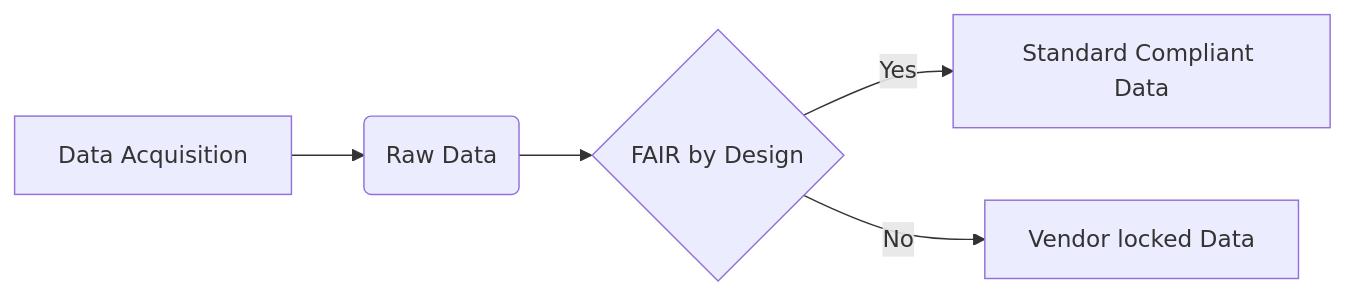
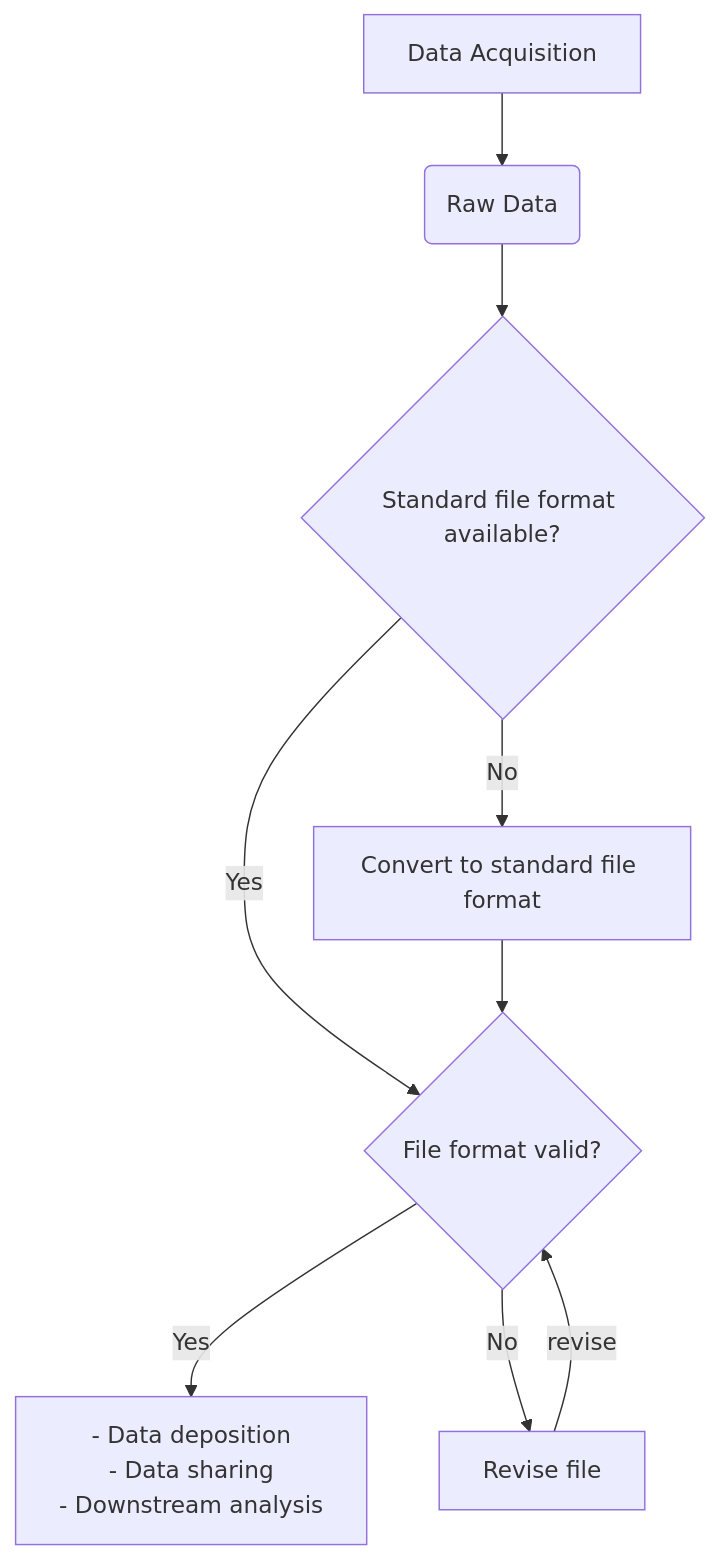
The diagram in docs/content/recipes/interoperability/fastq-file-format-validators.md (FAIRplus/the-fair-cookbook), drawn with Mermaid before and after one commit. The commit also changed other lines of this file, not shown here.

Commit message:
add mermaid diagram

````diff
--- a/docs/content/recipes/interoperability/fastq-file-format-validators.md
+++ b/docs/content/recipes/interoperability/fastq-file-format-validators.md
@@ -24,7 +21,12 @@
 ```mermaid
-graph LR;
+graph TD;
     A[Data Acquisition] -->B(Raw Data)
-    B --> C{FAIR by Design}
-    C -->|Yes| D[Standard Compliant Data]
-    C -->|No| E[Vendor locked Data]
+    B --> C{Standard file format available?}
+    C -->|Yes| D{File format valid?}
+    C -->|No| E[Convert to standard file format]
+    D --> |Yes|F[- Data deposition </br>  - Data sharing </br>  - Downstream analysis ]
+    D --> |No|G[Revise file]
+    E -->  D
+    G --> |revise|D
+    
 ```
````
